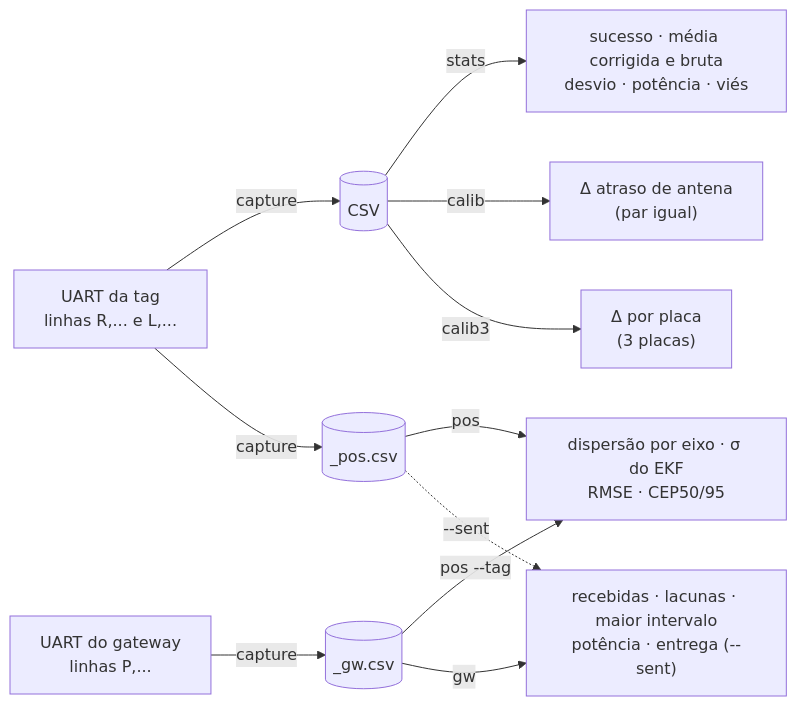
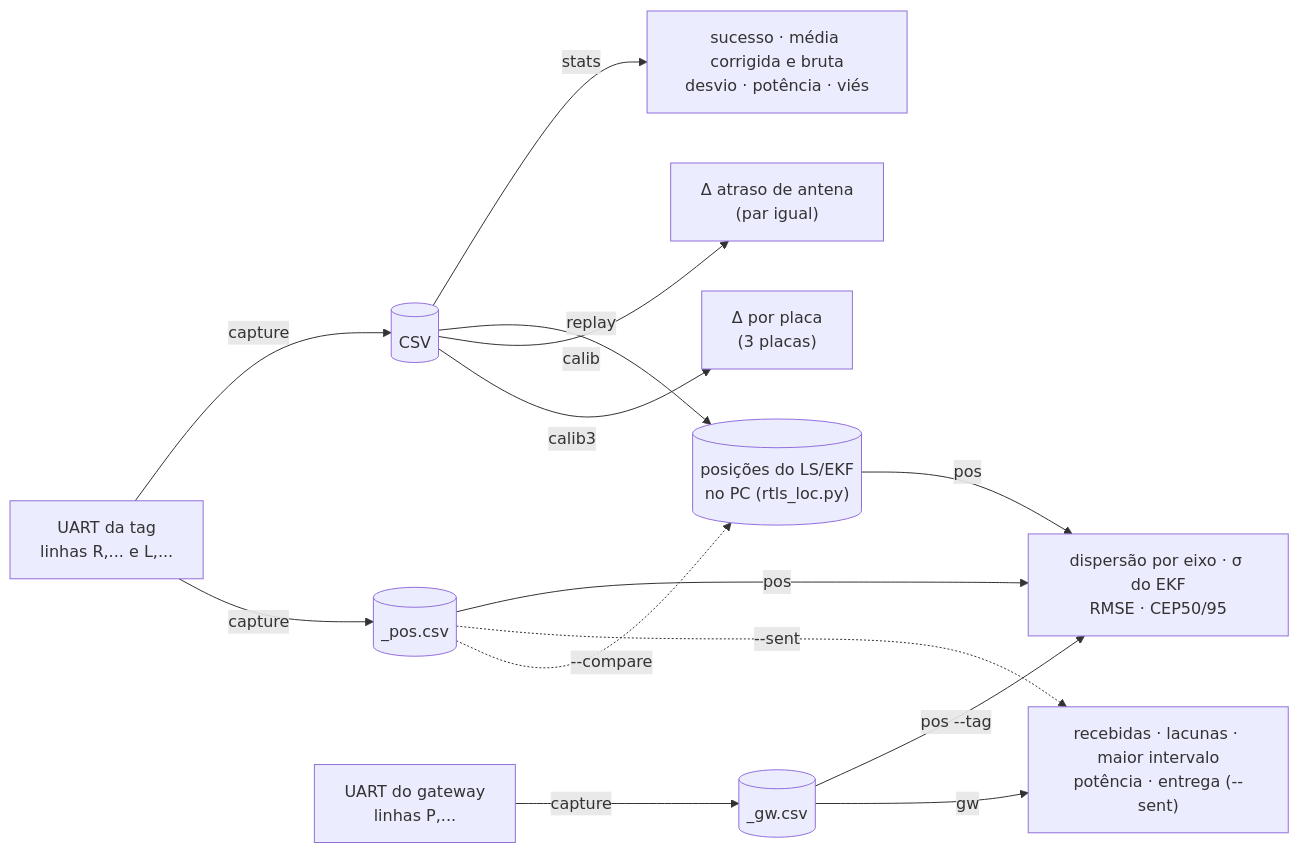
Diagram 13 of 17 in docs/09-guia-do-codigo.md (MauroTony/dwm1001-rtls-fw), drawn with Mermaid before and after one commit. The commit also changed other lines of this file and 2 other files, not shown here.

Commit message:
docs: document the debug GPIO, the offline replay and the CI

````diff
--- a/docs/09-guia-do-codigo.md
+++ b/docs/09-guia-do-codigo.md
@@ -564,13 +573,16 @@
 ```mermaid
 flowchart LR
     uart["UART da tag<br/>linhas R,... e L,..."] -->|capture| csv[("CSV")]
     uart -->|capture| pcsv[("_pos.csv")]
     guart["UART do gateway<br/>linhas P,..."] -->|capture| gcsv[("_gw.csv")]
     csv -->|stats| s["sucesso · média corrigida e bruta<br/>desvio · potência · viés"]
     pcsv -->|pos| ps["dispersão por eixo · σ do EKF<br/>RMSE · CEP50/95"]
     gcsv -->|pos --tag| ps
     gcsv -->|gw| gs["recebidas · lacunas · maior intervalo<br/>potência · entrega (--sent)"]
     pcsv -.->|--sent| gs
+    csv -->|replay| rp[("posições do LS/EKF<br/>no PC (rtls_loc.py)")]
+    rp -->|pos| ps
+    pcsv -.->|--compare| rp
     csv -->|calib| c1["Δ atraso de antena<br/>(par igual)"]
     csv -->|calib3| c3["Δ por placa<br/>(3 placas)"]
 ```
````
